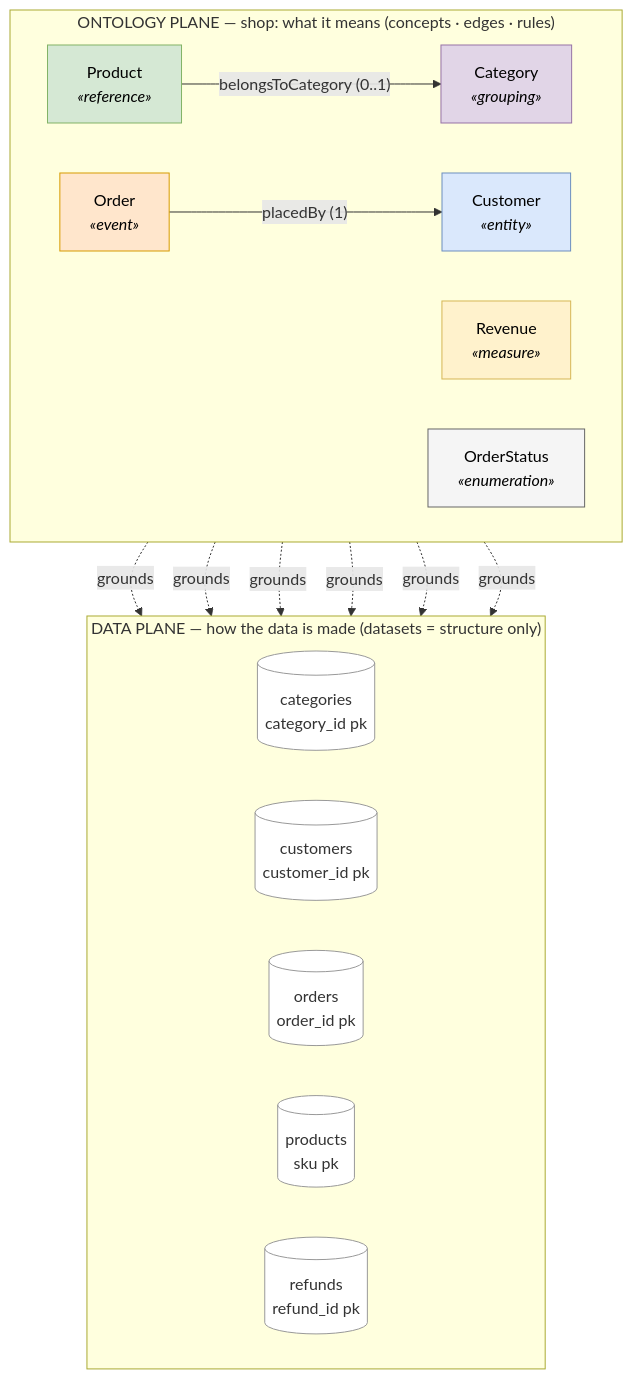
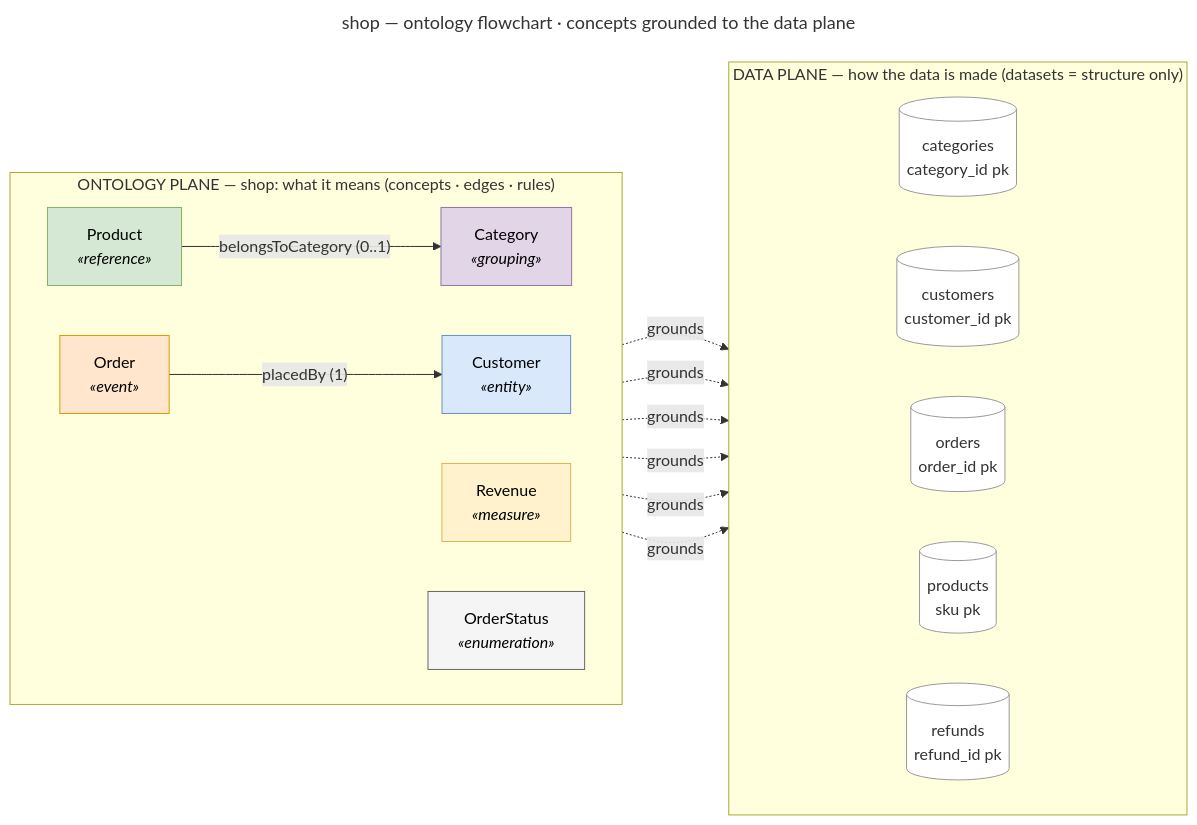
One commit to d6z7/meaning-as-code changed the diagram in example_shop_ontology/projections/shop.mmd. Above: the diagram before and after it, drawn with Mermaid. The commit also changed 94 other files, not shown here.

```diff
--- a/example_shop_ontology/projections/shop.mmd
+++ b/example_shop_ontology/projections/shop.mmd
@@ -1,41 +1,44 @@
+---
+title: shop — ontology flowchart · concepts grounded to the data plane
+---
 %%{init: {"flowchart": {"curve": "basis"}}}%%
-flowchart TB
+flowchart LR
   subgraph ONT["ONTOLOGY PLANE — shop: what it means (concepts · edges · rules)"]
     direction LR
     Category["Category<br/><i>«grouping»</i>"]
     Product["Product<br/><i>«reference»</i>"]
     Customer["Customer<br/><i>«entity»</i>"]
     Revenue["Revenue<br/><i>«measure»</i>"]
     Order["Order<br/><i>«event»</i>"]
     OrderStatus["OrderStatus<br/><i>«enumeration»</i>"]
     Order -->|"placedBy (1)"| Customer
     Product -->|"belongsToCategory (0..1)"| Category
   end
   subgraph DATA["DATA PLANE — how the data is made (datasets = structure only)"]
     direction LR
     t_categories[("categories<br/>category_id pk")]
     t_customers[("customers<br/>customer_id pk")]
     t_orders[("orders<br/>order_id pk")]
     t_products[("products<br/>sku pk")]
     t_refunds[("refunds<br/>refund_id pk")]
   end
   Category -. grounds .-> t_categories
   Product -. grounds .-> t_products
   Customer -. grounds .-> t_customers
   Revenue -. grounds .-> t_orders
   Order -. grounds .-> t_orders
   OrderStatus -. grounds .-> t_orders
   classDef entity fill:#dae8fc,stroke:#6c8ebf,color:#000;
   classDef event fill:#ffe6cc,stroke:#d79b00,color:#000;
   classDef reference fill:#d5e8d4,stroke:#82b366,color:#000;
   classDef grouping fill:#e1d5e7,stroke:#9673a6,color:#000;
   classDef measure fill:#fff2cc,stroke:#d6b656,color:#000;
   classDef enumeration fill:#f5f5f5,stroke:#666,color:#000;
   classDef dataset fill:#ffffff,stroke:#999,color:#333;
   class Category grouping;
   class Product reference;
   class Customer entity;
   class Revenue measure;
   class Order event;
   class OrderStatus enumeration;
   class t_categories,t_customers,t_orders,t_products,t_refunds dataset;
```
